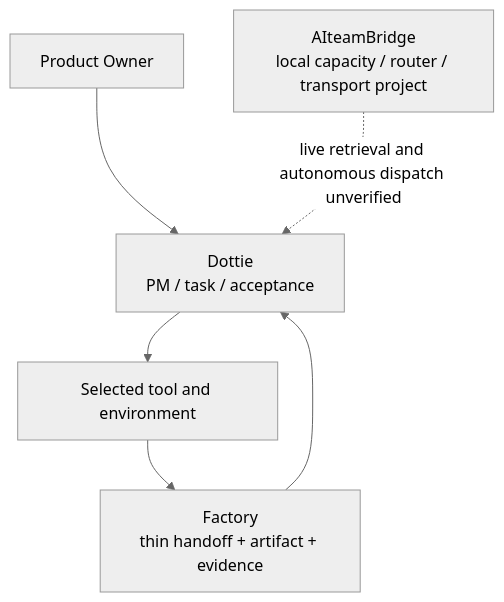
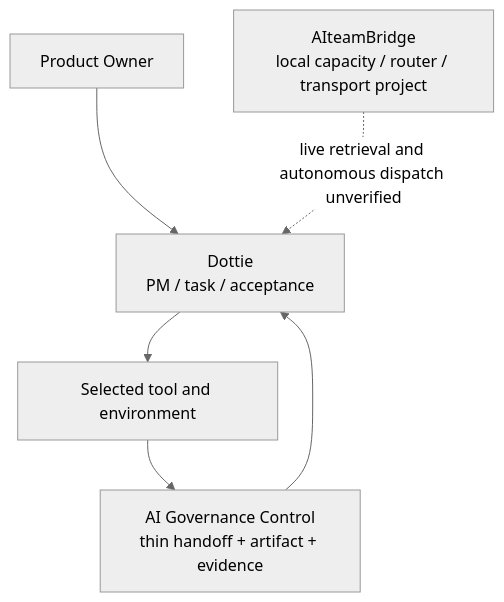
The diagram in docs/dots-codexbar-orchestration.md (moruku36/multi-ai-workflow), drawn with Mermaid (neutral theme) before and after one commit. The commit also changed other lines of this file and 22 other files, not shown here.

Commit message:
docs: use AI Governance Control display name

````diff
--- a/docs/dots-codexbar-orchestration.md
+++ b/docs/dots-codexbar-orchestration.md
@@ -16,8 +16,8 @@
 ```mermaid
 flowchart TD
     U["Product Owner"] --> D["Dottie<br/>PM / task / acceptance"]
     D --> A["Selected tool and environment"]
-    A --> F["Factory<br/>thin handoff + artifact + evidence"]
+    A --> F["AI Governance Control<br/>thin handoff + artifact + evidence"]
     F --> D
     B["AIteamBridge<br/>local capacity / router / transport project"] -. "live retrieval and autonomous dispatch unverified" .-> D
 ```
````
